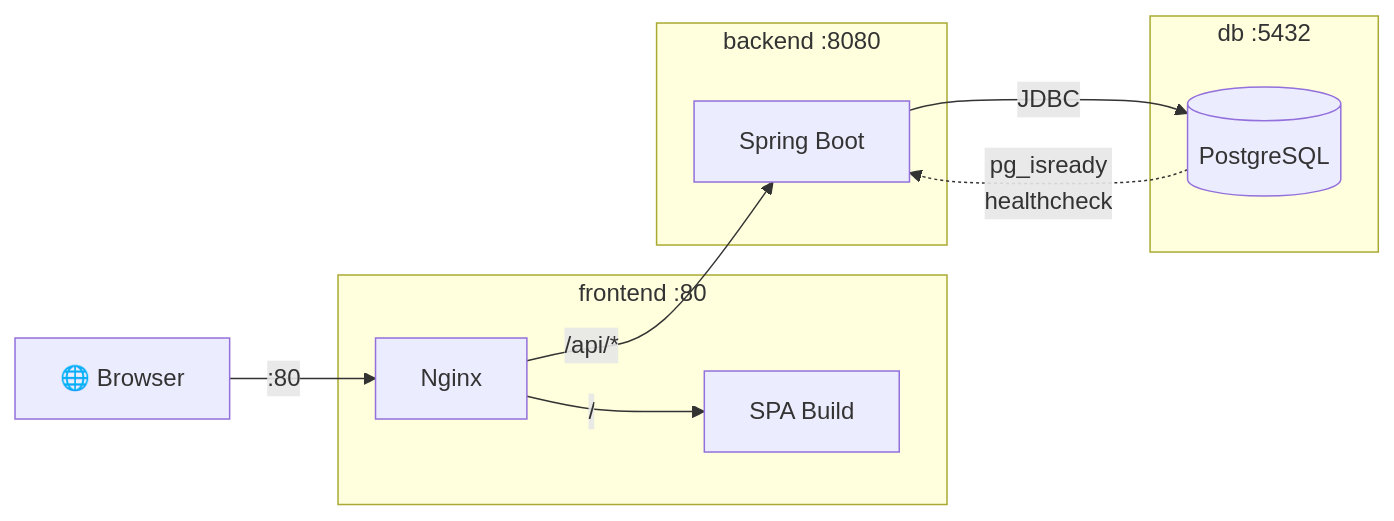
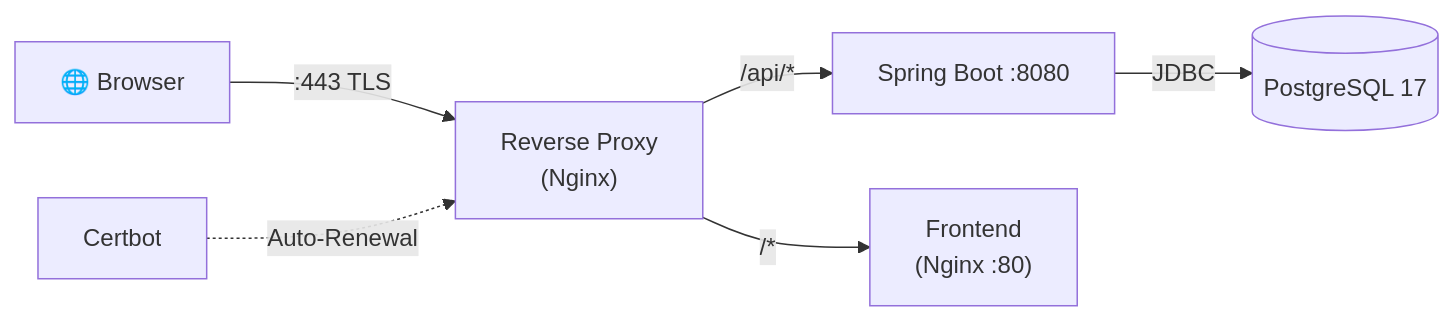
Before and after one commit to nicograef/lexiban: the sixth of 8 diagrams in docs/presentation.md, drawn with Mermaid. The commit also changed other lines of this file, not shown here.

````diff
--- a/docs/presentation.md
+++ b/docs/presentation.md
@@ -357,22 +391,8 @@
 ```mermaid
 graph LR
-    Browser["🌐 Browser"] -->|":80"| Nginx
-
-    subgraph frontend ["frontend :80"]
-        Nginx["Nginx"]
-        Static["SPA Build"]
-    end
-
-    subgraph backend ["backend :8080"]
-        Spring["Spring Boot"]
-    end
-
-    subgraph db ["db :5432"]
-        PG[("PostgreSQL")]
-    end
-
-    Nginx -->|"/ "| Static
-    Nginx -->|"/api/*"| Spring
-    Spring -->|"JDBC"| PG
-    PG -.->|"pg_isready\nhealthcheck"| Spring
+    Browser["🌐 Browser"] -->|":443 TLS"| RP["Reverse Proxy\n(Nginx)"]
+    RP -->|"/api/*"| Spring["Spring Boot :8080"]
+    RP -->|"/*"| Nginx["Frontend\n(Nginx :80)"]
+    Spring -->|"JDBC"| PG[("PostgreSQL 17")]
+    Certbot["Certbot"] -.->|"Auto-Renewal"| RP
 ```
````
